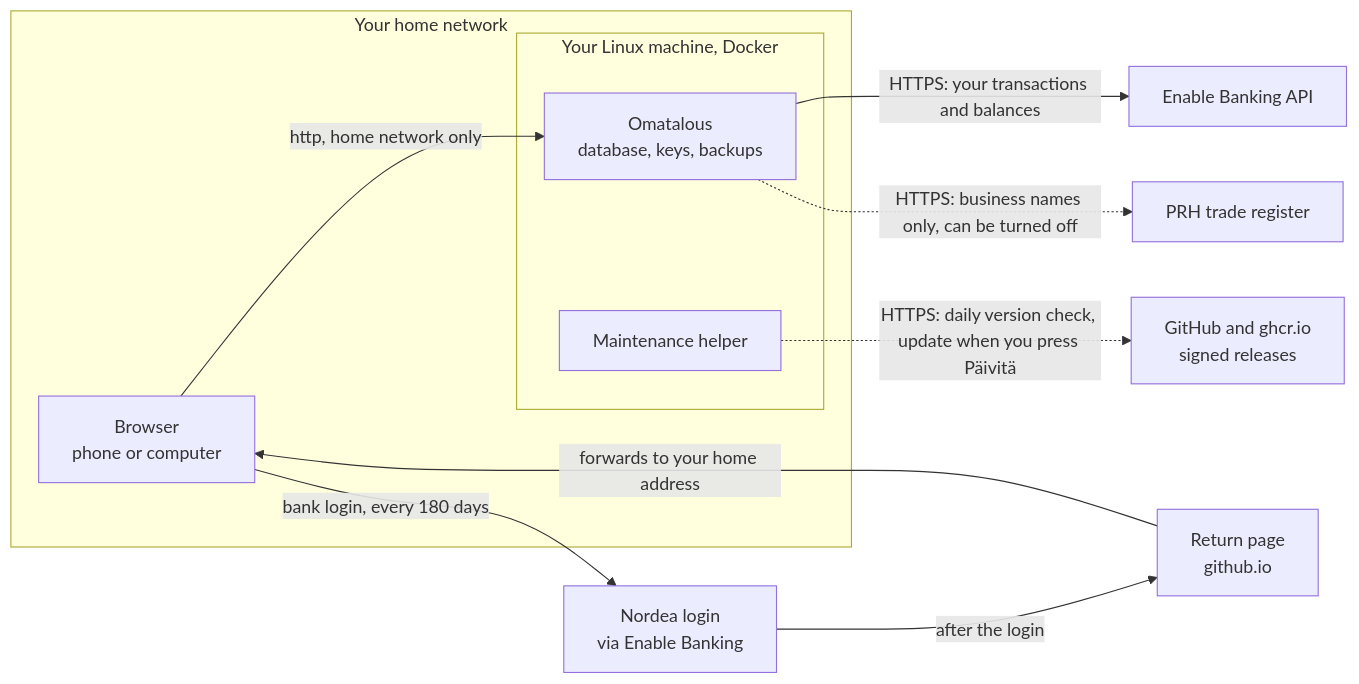
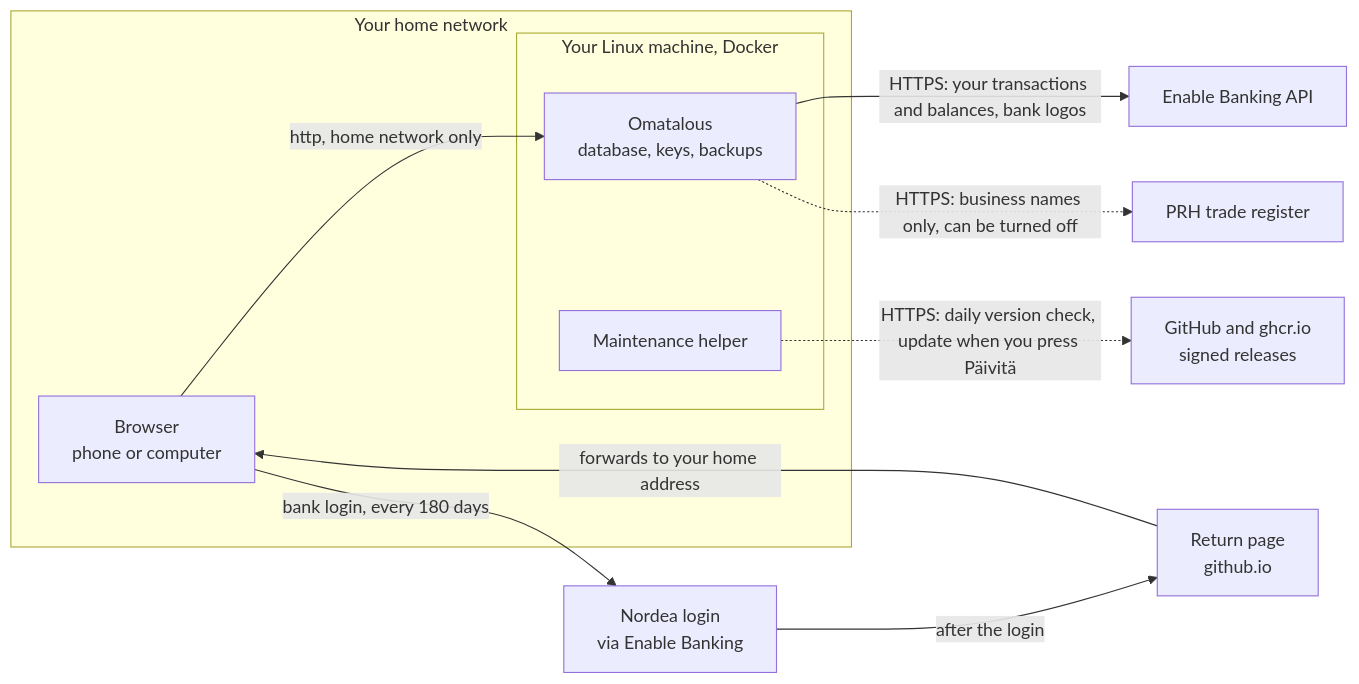
One commit to jouni-mikkola/omatalous changed the diagram in docs/SECURITY.md. Above: the diagram before and after it, drawn with Mermaid. The commit also changed other lines of this file and 342 other files, not shown here.

````diff
--- a/docs/SECURITY.md
+++ b/docs/SECURITY.md
@@ -18,17 +18,17 @@
 ```mermaid
 flowchart LR
   subgraph home["Your home network"]
     browser["Browser<br/>phone or computer"]
     subgraph machine["Your Linux machine, Docker"]
       app["Omatalous<br/>database, keys, backups"]
       helper["Maintenance helper"]
     end
   end
   browser -->|"http, home network only"| app
-  app -->|"HTTPS: your transactions and balances"| eb["Enable Banking API"]
+  app -->|"HTTPS: your transactions and balances, bank logos"| eb["Enable Banking API"]
   app -.->|"HTTPS: business names only, can be turned off"| prh["PRH trade register"]
   helper -.->|"HTTPS: daily version check, update when you press Päivitä"| gh["GitHub and ghcr.io<br/>signed releases"]
   browser -->|"bank login, every 180 days"| bank["Nordea login<br/>via Enable Banking"]
   bank -->|"after the login"| relay["Return page<br/>github.io"]
   relay -->|"forwards to your home address"| browser
 ```
````
